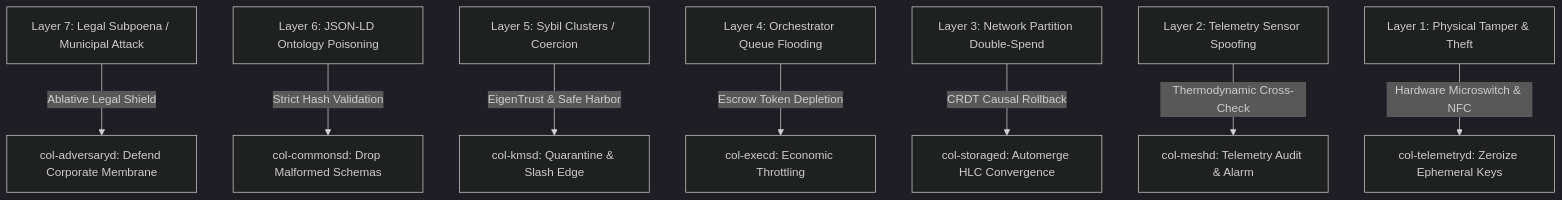
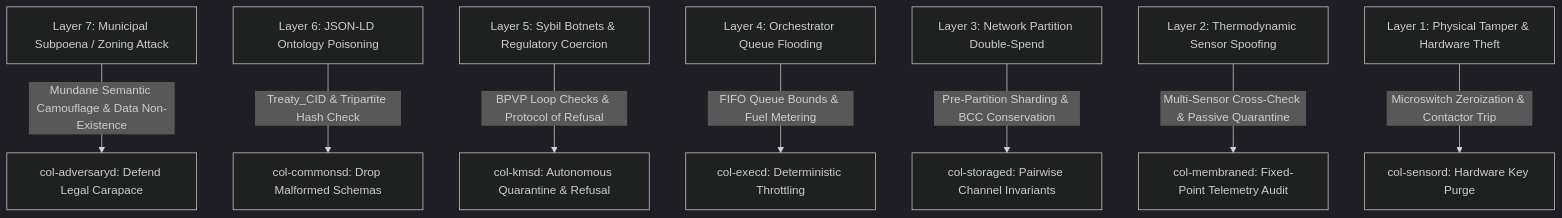
The first of 3 diagrams in docs/scenarios/rho_adversarial.md (raffaine/collective), drawn with Mermaid (dark theme) before and after one commit. The commit also changed other lines of this file and 23 other files, not shown here.

````diff
--- a/docs/scenarios/rho_adversarial.md
+++ b/docs/scenarios/rho_adversarial.md
@@ -41,10 +45,10 @@
 ```mermaid
 graph TD
-    L7_Threat[Layer 7: Legal Subpoena / Municipal Attack] -->|Ablative Legal Shield| L7[col-adversaryd: Defend Corporate Membrane]
-    L6_Threat[Layer 6: JSON-LD Ontology Poisoning] -->|Strict Hash Validation| L6[col-commonsd: Drop Malformed Schemas]
-    L5_Threat[Layer 5: Sybil Clusters / Coercion] -->|EigenTrust & Safe Harbor| L5[col-kmsd: Quarantine & Slash Edge]
-    L4_Threat[Layer 4: Orchestrator Queue Flooding] -->|Escrow Token Depletion| L4[col-execd: Economic Throttling]
-    L3_Threat[Layer 3: Network Partition Double-Spend] -->|CRDT Causal Rollback| L3[col-storaged: Automerge HLC Convergence]
-    L2_Threat[Layer 2: Telemetry Sensor Spoofing] -->|Thermodynamic Cross-Check| L2[col-meshd: Telemetry Audit & Alarm]
-    L1_Threat[Layer 1: Physical Tamper & Theft] -->|Hardware Microswitch & NFC| L1[col-telemetryd: Zeroize Ephemeral Keys]
+    L7_Threat[Layer 7: Municipal Subpoena / Zoning Attack] -->|Mundane Semantic Camouflage & Data Non-Existence| L7[col-adversaryd: Defend Legal Carapace]
+    L6_Threat[Layer 6: JSON-LD Ontology Poisoning] -->|Treaty_CID & Tripartite Hash Check| L6[col-commonsd: Drop Malformed Schemas]
+    L5_Threat[Layer 5: Sybil Botnets & Regulatory Coercion] -->|BPVP Loop Checks & Protocol of Refusal| L5[col-kmsd: Autonomous Quarantine & Refusal]
+    L4_Threat[Layer 4: Orchestrator Queue Flooding] -->|FIFO Queue Bounds & Fuel Metering| L4[col-execd: Deterministic Throttling]
+    L3_Threat[Layer 3: Network Partition Double-Spend] -->|Pre-Partition Sharding & BCC Conservation| L3[col-storaged: Pairwise Channel Invariants]
+    L2_Threat[Layer 2: Thermodynamic Sensor Spoofing] -->|Multi-Sensor Cross-Check & Passive Quarantine| L2[col-membraned: Fixed-Point Telemetry Audit]
+    L1_Threat[Layer 1: Physical Tamper & Hardware Theft] -->|Microswitch Zeroization & Contactor Trip| L1[col-sensord: Hardware Key Purge]
 ```
````
